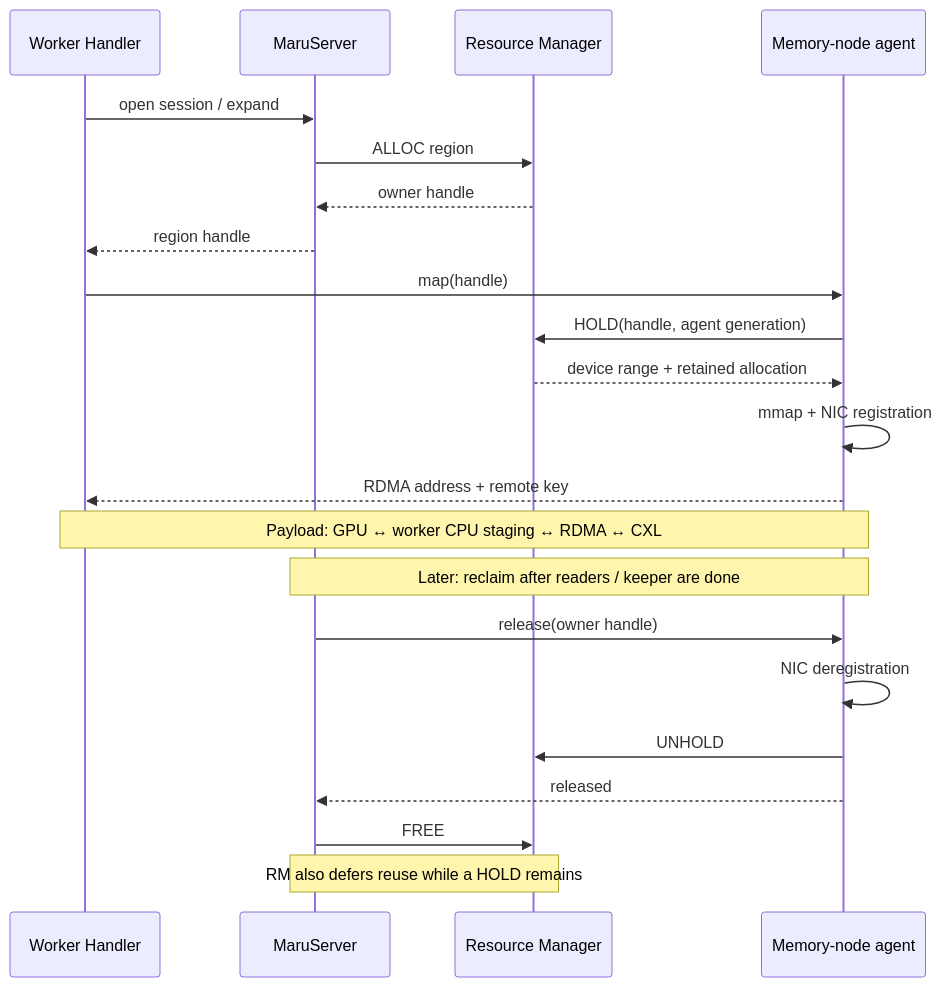
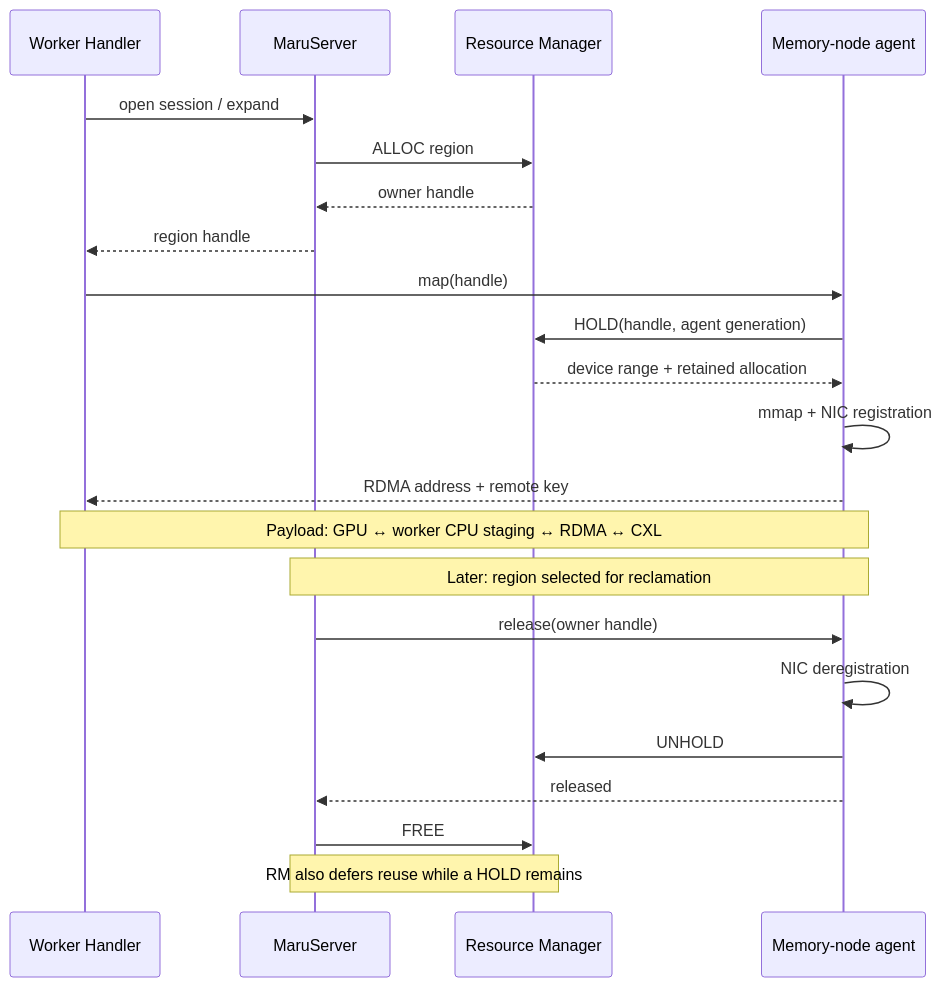
Before and after one commit to xcena-dev/maru: the sixth of 7 diagrams in docs/source/design_doc/architecture_overview.md, drawn with Mermaid. The commit also changed other lines of this file and 2 other files, not shown here.

Commit message:
docs: clarify revocable server leases during region reclamation

````diff
--- a/docs/source/design_doc/architecture_overview.md
+++ b/docs/source/design_doc/architecture_overview.md
@@ -240,24 +240,24 @@
 ```mermaid
 sequenceDiagram
     participant W as Worker Handler
     participant S as MaruServer
     participant R as Resource Manager
     participant A as Memory-node agent
     W->>S: open session / expand
     S->>R: ALLOC region
     R-->>S: owner handle
     S-->>W: region handle
     W->>A: map(handle)
     A->>R: HOLD(handle, agent generation)
     R-->>A: device range + retained allocation
     A->>A: mmap + NIC registration
     A-->>W: RDMA address + remote key
     Note over W,A: Payload: GPU ↔ worker CPU staging ↔ RDMA ↔ CXL
-    Note over S,A: Later: reclaim after readers / keeper are done
+    Note over S,A: Later: region selected for reclamation
     S->>A: release(owner handle)
     A->>A: NIC deregistration
     A->>R: UNHOLD
     A-->>S: released
     S->>R: FREE
     Note over S,R: RM also defers reuse while a HOLD remains
 ```
````
